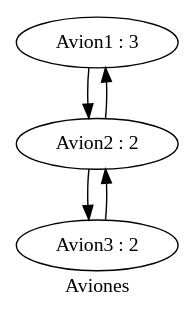
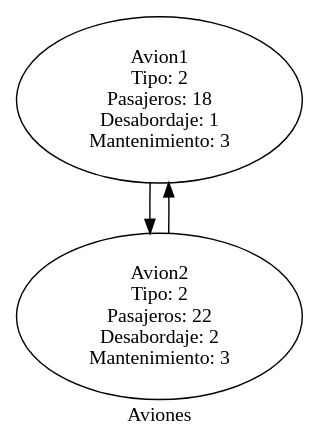
Before and after one commit to ByronAlvarez/IPC1_201612185: the diagram in Proyectos/Proyecto02_Vacas/listaDoble.dot, drawn with Graphviz. The commit also changed 26 other files, not shown here.

```diff
--- a/Proyectos/Proyecto02_Vacas/listaDoble.dot
+++ b/Proyectos/Proyecto02_Vacas/listaDoble.dot
@@ -1,11 +1,16 @@
 digraph listadoble{
 label="Aviones";
-nodo672129649[label="Avion1 : 3"];
-nodo672129649->nodo1861506898;
-nodo1861506898->nodo672129649;
-nodo1861506898[label="Avion2 : 2"];
-nodo1861506898->nodo2037190356;
-nodo2037190356->nodo1861506898;
-nodo2037190356[label="Avion3 : 2"];
+nodo1990490935[label="Avion1
+Tipo: 2
+Pasajeros: 18
+Desabordaje: 1
+Mantenimiento: 3"];
+nodo1990490935->nodo1042138406;
+nodo1042138406->nodo1990490935;
+nodo1042138406[label="Avion2
+Tipo: 2
+Pasajeros: 22
+Desabordaje: 2
+Mantenimiento: 3"];
 
 }
```
